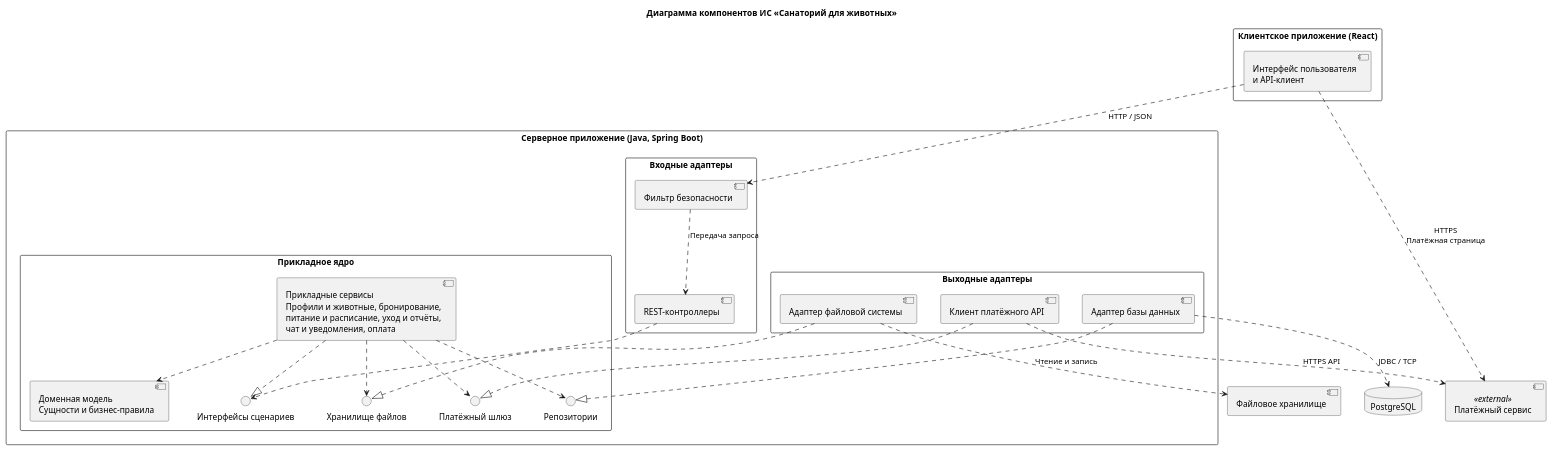
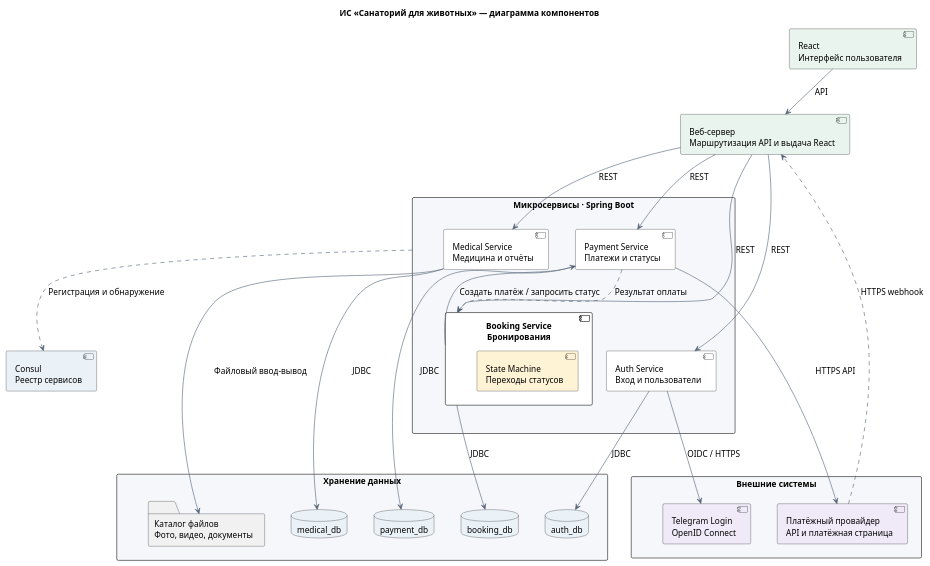
One commit to wwwyssa/IS-course-project changed the diagram in docs/components.plantuml. Above: the diagram before and after it, drawn with PlantUML. The commit also changed 3 other files, not shown here.

Commit message:
fix diagrams

```diff
--- a/docs/components.plantuml
+++ b/docs/components.plantuml
@@ -1,57 +1,77 @@
 @startuml
-title Диаграмма компонентов ИС «Санаторий для животных»
+title ИС «Санаторий для животных» — диаграмма компонентов
 top to bottom direction
 skinparam shadowing false
 skinparam defaultFontName Arial
+skinparam defaultFontSize 14
 skinparam componentStyle uml2
 skinparam packageStyle rectangle
-skinparam nodesep 40
-skinparam ranksep 50
+skinparam nodesep 45
+skinparam ranksep 55
+skinparam ArrowColor #526175
+skinparam packageBackgroundColor #F5F7FA
+skinparam componentBackgroundColor #FFFFFF
+skinparam databaseBackgroundColor #EAF2F8
+skinparam NoteBackgroundColor #FFFBEA
+hide stereotype
 
-package "Клиентское приложение (React)" {
-  component "Интерфейс пользователя\nи API-клиент" as frontend
-}
+component "React\nИнтерфейс пользователя" as frontend #E8F4ED
+component "Веб-сервер\nМаршрутизация API и выдача React" as webServer #E8F4ED
 
-package "Серверное приложение (Java, Spring Boot)" {
-  package "Входные адаптеры" {
-    component "Фильтр безопасности" as security
-    component "REST-контроллеры" as controllers
-    security ..> controllers : Передача запроса
-  }
-
-  package "Прикладное ядро" {
-    interface "Интерфейсы сценариев" as inbound
-    component "Прикладные сервисы\nПрофили и животные, бронирование,\nпитание и расписание, уход и отчёты,\nчат и уведомления, оплата" as services
-    component "Доменная модель\nСущности и бизнес-правила" as domain
-    interface "Репозитории" as dataPort
-    interface "Хранилище файлов" as filePort
-    interface "Платёжный шлюз" as paymentPort
-
-    services ..|> inbound
-    services ..> domain
-    services ..> dataPort
-    services ..> filePort
-    services ..> paymentPort
-  }
-
-  package "Выходные адаптеры" {
-    component "Адаптер базы данных" as persistence
-    component "Адаптер файловой системы" as fileAdapter
-    component "Клиент платёжного API" as paymentAdapter
+package "Микросервисы · Spring Boot" as backend {
+  together {
+    component "Auth Service\nВход и пользователи" as authService
+    component "Booking Service\nБронирования" as bookingService {
+      component "State Machine\nПереходы статусов" as bookingStateMachine #FFF3D6
+    }
+    component "Payment Service\nПлатежи и статусы" as paymentService
+    component "Medical Service\nМедицина и отчёты" as medicalService
   }
 }
 
-database "PostgreSQL" as db
-component "Файловое хранилище" as storage
-component "Платёжный сервис" as payment <<external>>
+package "Хранение данных" as data {
+  together {
+    database "auth_db" as dbAuth
+    database "booking_db" as dbBooking
+    database "payment_db" as dbPayment
+    database "medical_db" as dbMedical
+  }
+  folder "Каталог файлов\nФото, видео, документы" as storage
+}
 
-frontend ..> security : HTTP / JSON
-controllers ..> inbound
-persistence ..|> dataPort
-fileAdapter ..|> filePort
-paymentAdapter ..|> paymentPort
-persistence ..> db : JDBC / TCP
-fileAdapter ..> storage : Чтение и запись
-paymentAdapter ..> payment : HTTPS API
-frontend ..> payment : HTTPS\nПлатёжная страница
+package "Внешние системы" as external {
+  component "Telegram Login\nOpenID Connect" as telegram #F0EAF8
+  component "Платёжный провайдер\nAPI и платёжная страница" as externalPayment #F0EAF8
+}
+component "Consul\nРеестр сервисов" as consul #EAF2F8
+
+frontend -down-> webServer : API
+webServer -down-> authService : REST
+webServer -down-> bookingService : REST
+webServer -down-> paymentService : REST
+webServer -down-> medicalService : REST
+
+bookingService -right-> paymentService : Создать платёж / запросить статус
+paymentService ..> bookingService : Результат оплаты
+
+authService -down-> dbAuth : JDBC
+bookingService -down-> dbBooking : JDBC
+paymentService -down-> dbPayment : JDBC
+medicalService -down-> dbMedical : JDBC
+medicalService --> storage : Файловый ввод-вывод
+
+authService --> telegram : OIDC / HTTPS
+paymentService --> externalPayment : HTTPS API
+externalPayment ..> webServer : HTTPS webhook
+backend ..> consul : Регистрация и обнаружение
+
+' Невидимые связи фиксируют порядок колонок и уровней.
+frontend -[hidden]right-> telegram
+authService -[hidden]right-> bookingService
+paymentService -[hidden]right-> medicalService
+dbAuth -[hidden]right-> dbBooking
+dbBooking -[hidden]right-> dbPayment
+dbPayment -[hidden]right-> dbMedical
+data -[hidden]down-> external
+
 @enduml
```
